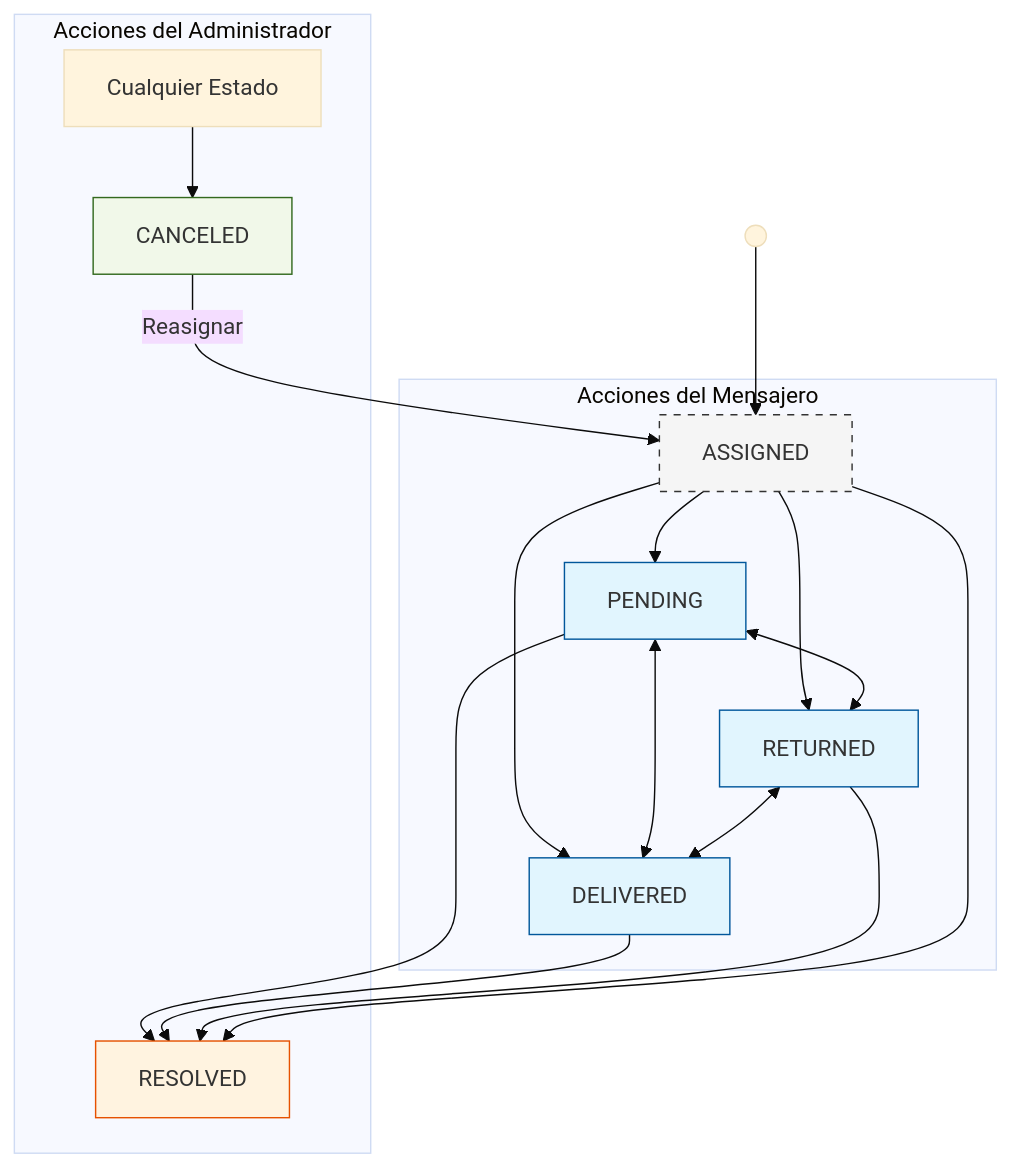
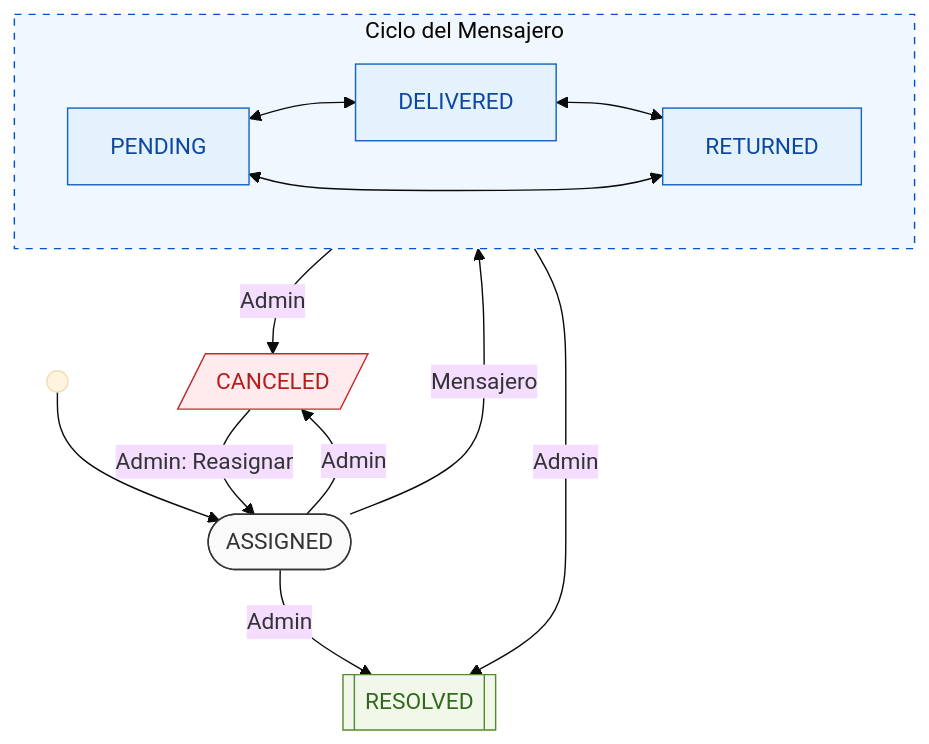
Before and after one commit to fttmatteo/messenger-backend: the third of 4 diagrams in README.es.md, drawn with Mermaid (base theme). The commit also changed other lines of this file and 3 other files, not shown here.

Commit message:
docs: Refactor Mermaid diagrams in READMEs and add timezone setup to tests for consistency.

````diff
--- a/README.es.md
+++ b/README.es.md
@@ -471,35 +486,46 @@
 ```mermaid
 flowchart TD
-    START(( )) --> ASSIGNED[ASSIGNED]
-    
-    subgraph MENSAJERO ["Acciones del Mensajero"]
-        ASSIGNED --> PENDING[PENDING]
-        ASSIGNED --> DELIVERED[DELIVERED]
-        ASSIGNED --> RETURNED[RETURNED]
+    %% Entrada
+    S(( )) --> ASSIGNED([ASSIGNED])
+
+    %% Ciclo Operativo (Azul)
+    subgraph OPERATIVO [Ciclo del Mensajero]
+        direction LR
+        PENDING[PENDING]
+        DELIVERED[DELIVERED]
+        RETURNED[RETURNED]
         
-        PENDING <--> RETURNED
         PENDING <--> DELIVERED
-        RETURNED <--> DELIVERED
+        DELIVERED <--> RETURNED
+        RETURNED <--> PENDING
     end
 
-    subgraph ADMIN ["Acciones del Administrador"]
-        PENDING --> RESOLVED[RESOLVED]
-        DELIVERED --> RESOLVED
-        RETURNED --> RESOLVED
-        ASSIGNED --> RESOLVED
-        
-        ANY[Cualquier Estado] --> CANCELED[CANCELED]
-        CANCELED -->|Reasignar| ASSIGNED
-    end
+    %% Transiciones Administrativas (Rojo/Verde)
+    CANCELED[/CANCELED/]
+    RESOLVED[[RESOLVED]]
+
+    %% Flujos Principales
+    ASSIGNED -- "Mensajero" --> OPERATIVO
+    
+    %% Flechas de Salida (Solo Admin)
+    ASSIGNED -- "Admin" --> CANCELED
+    ASSIGNED -- "Admin" --> RESOLVED
+    
+    OPERATIVO -- "Admin" --> CANCELED
+    OPERATIVO -- "Admin" --> RESOLVED
+
+    %% Reasignación
+    CANCELED -- "Admin: Reasignar" --> ASSIGNED
 
     %% Estilos
-    classDef initial fill:#f5f5f5,stroke:#333,stroke-dasharray: 5 5
-    classDef messenger fill:#e1f5fe,stroke:#01579b
-    classDef admin fill:#f1f8e9,stroke:#33691e
-    classDef final fill:#fff3e0,stroke:#e65100
+    style OPERATIVO fill:#f0f7ff,stroke:#0052cc,stroke-dasharray: 5 5
+    classDef messenger fill:#e3f2fd,stroke:#1565c0,color:#0d47a1
+    classDef cancel fill:#ffebee,stroke:#c62828,color:#b71c1c
+    classDef resolve fill:#f1f8e9,stroke:#558b2f,color:#33691e
+    classDef initial fill:#fafafa,stroke:#333
     
+    class PENDING,DELIVERED,RETURNED messenger
+    class CANCELED cancel
+    class RESOLVED resolve
     class ASSIGNED initial
-    class PENDING,DELIVERED,RETURNED messenger
-    class CANCELED admin
-    class RESOLVED final
 ```
````
